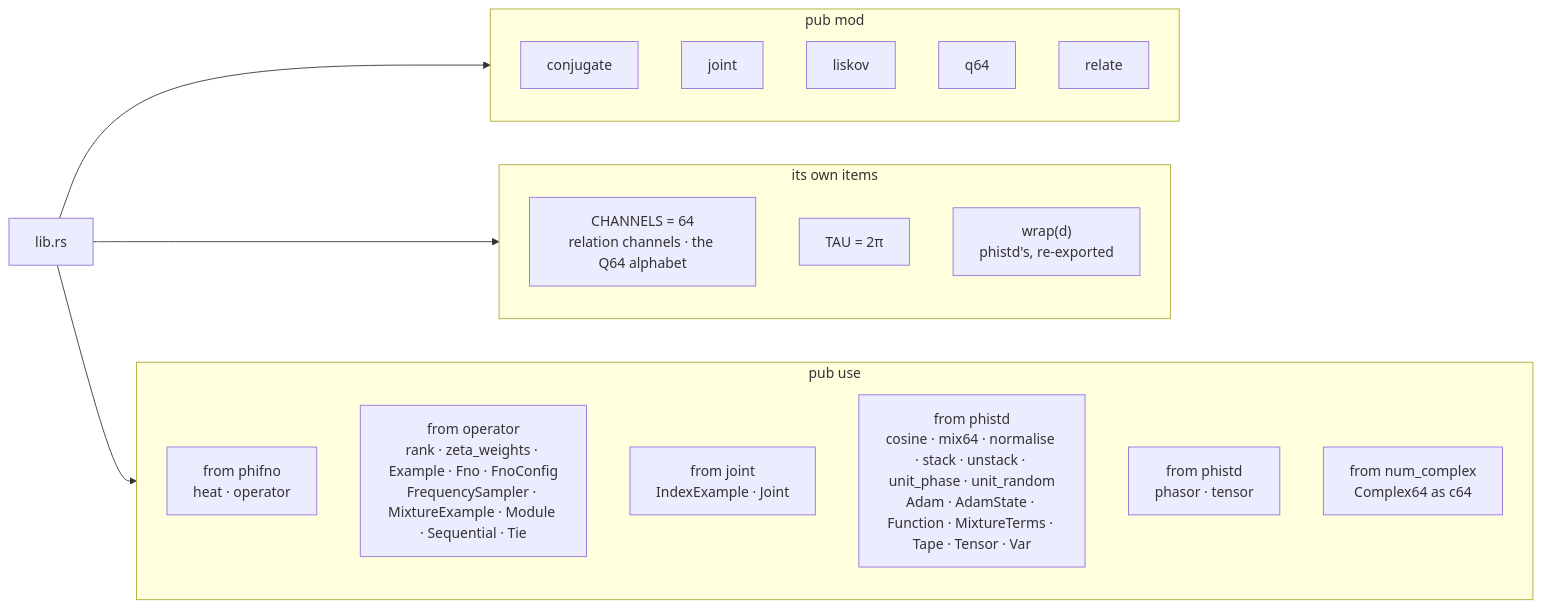
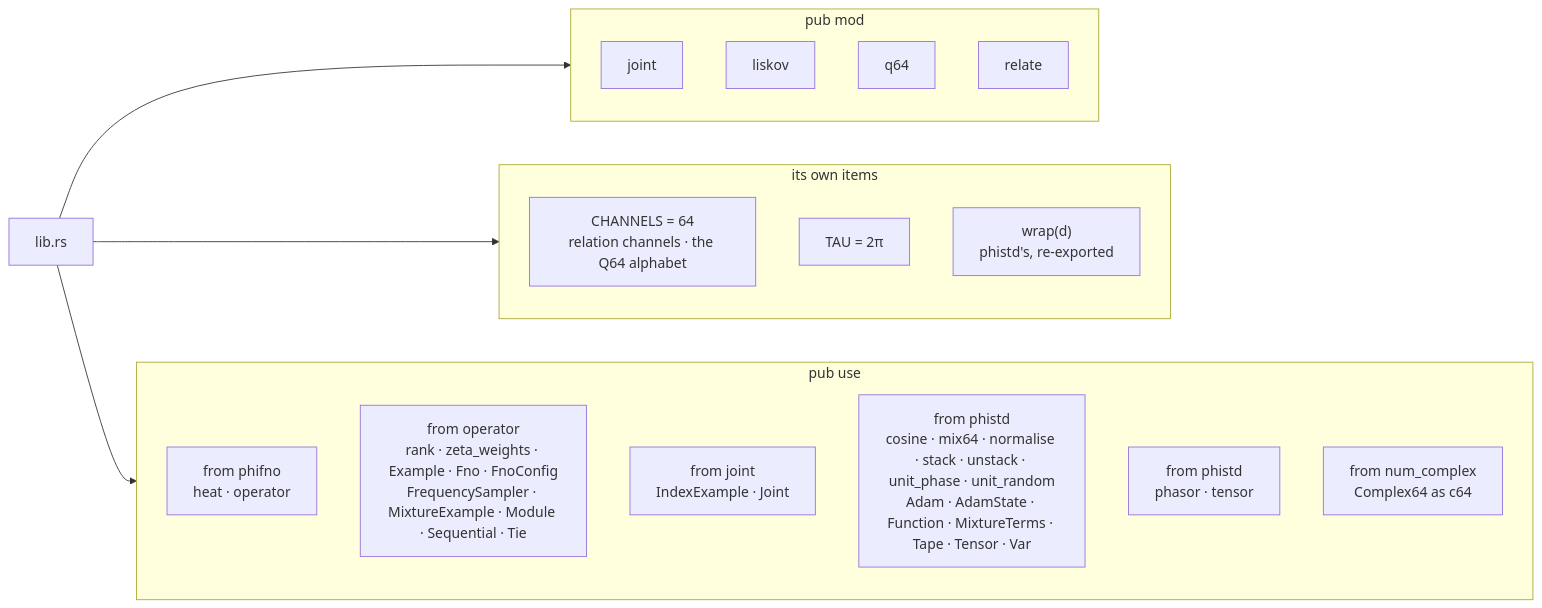
One commit to gemphi/phinet changed the first of 4 diagrams in docs/phical/lib.md. Above: the diagram before and after it, drawn with Mermaid. The commit also changed other lines of this file and 105 other files, not shown here.

````diff
--- a/docs/phical/lib.md
+++ b/docs/phical/lib.md
@@ -5,27 +5,26 @@
 ```mermaid
 graph LR
     lib["lib.rs"]
     subgraph mods["pub mod"]
-        m1["conjugate"]
         m2["joint"]
         m3["liskov"]
         m4["q64"]
         m5["relate"]
     end
     subgraph own["its own items"]
         ch["CHANNELS = 64<br/>relation channels · the Q64 alphabet"]
         tau["TAU = 2π"]
         wr["wrap(d)<br/>phistd's, re-exported"]
     end
     subgraph reex["pub use"]
         fno["from phifno<br/>heat · operator"]
         op["from operator<br/>rank · zeta_weights · Example · Fno · FnoConfig<br/>FrequencySampler · MixtureExample · Module · Sequential · Tie"]
         jt["from joint<br/>IndexExample · Joint"]
         std1["from phistd<br/>cosine · mix64 · normalise · stack · unstack · unit_phase · unit_random<br/>Adam · AdamState · Function · MixtureTerms · Tape · Tensor · Var"]
         std2["from phistd<br/>phasor · tensor"]
         cx["from num_complex<br/>Complex64 as c64"]
     end
     lib --> mods
     lib --> own
     lib --> reex
 ```
````
